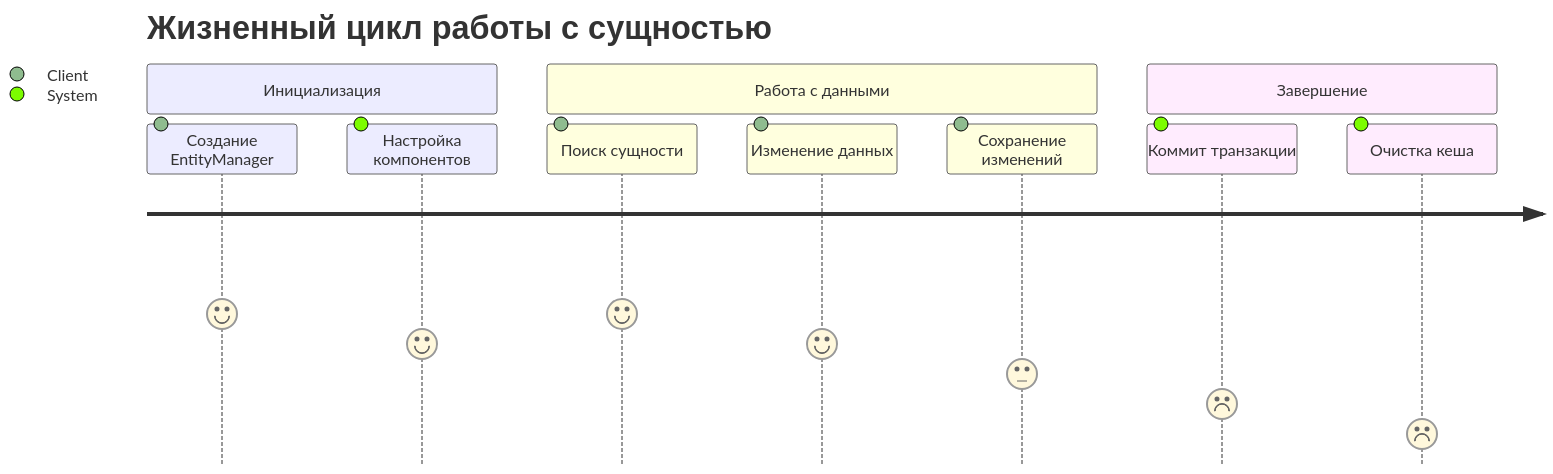
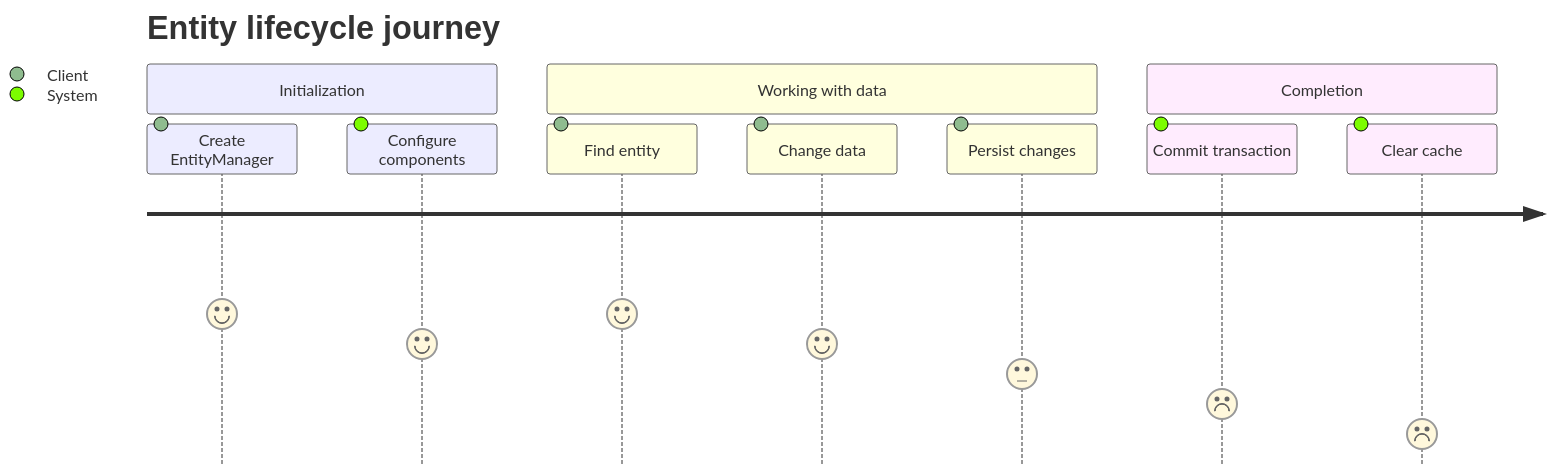
The second of 3 diagrams in docs/DIAGRAMS_INDEX.md (kabiroman/adaptive-entity-manager), drawn with Mermaid before and after one commit. The commit also changed other lines of this file and 7 other files, not shown here.

````diff
--- a/docs/DIAGRAMS_INDEX.md
+++ b/docs/DIAGRAMS_INDEX.md
@@ -58,14 +62,14 @@
 ```mermaid
 journey
-    title Жизненный цикл работы с сущностью
-    section Инициализация
-      Создание EntityManager: 5: Client
-      Настройка компонентов: 4: System
-    section Работа с данными
-      Поиск сущности: 5: Client
-      Изменение данных: 4: Client
-      Сохранение изменений: 3: Client
-    section Завершение
-      Коммит транзакции: 2: System
-      Очистка кеша: 1: System
+    title Entity lifecycle journey
+    section Initialization
+      Create EntityManager: 5: Client
+      Configure components: 4: System
+    section Working with data
+      Find entity: 5: Client
+      Change data: 4: Client
+      Persist changes: 3: Client
+    section Completion
+      Commit transaction: 2: System
+      Clear cache: 1: System
 ```
````
